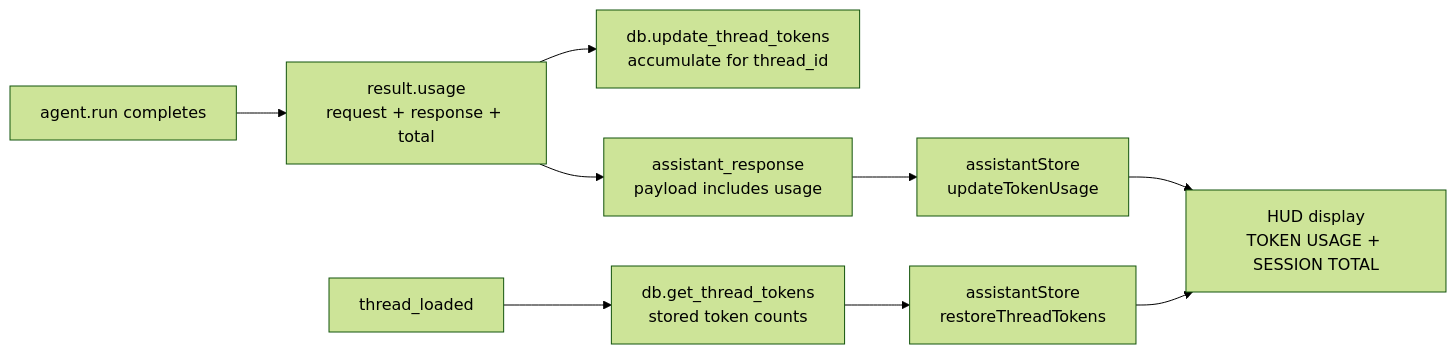
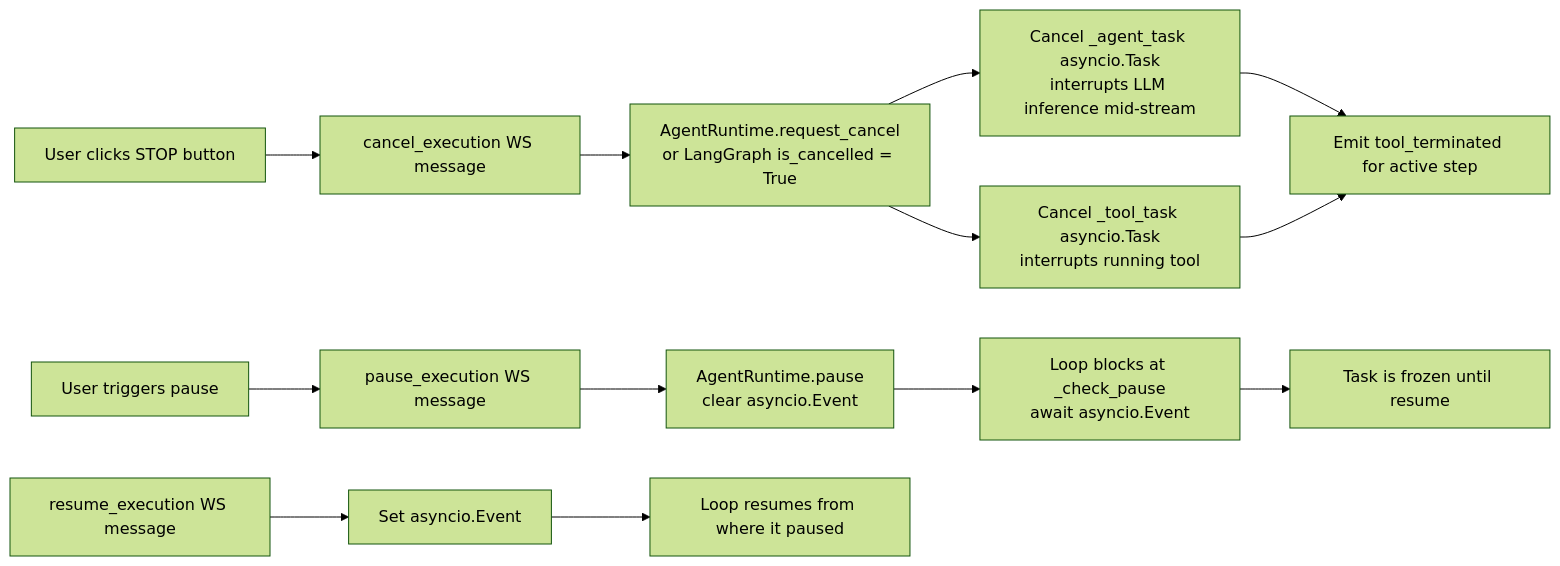
Before and after one commit to OpenSarthi/opensarthi: the tenth of 10 diagrams in docs/03_agentic_flow.md, drawn with Mermaid (forest theme). The commit also changed other lines of this file and 8 other files, not shown here.

Commit message:
docs: comprehensive synchronization of all READMEs, SKILLS.md and architectural guides

````diff
--- a/docs/03_agentic_flow.md
+++ b/docs/03_agentic_flow.md
@@ -337,12 +350,19 @@
 ```mermaid
 flowchart LR
-    AGENT_RUN[agent.run completes] --> USAGE[result.usage\nrequest + response + total]
-    USAGE --> DB[db.update_thread_tokens\naccumulate for thread_id]
-    USAGE --> WS_RESP[assistant_response\npayload includes usage]
-    WS_RESP --> STORE[assistantStore\nupdateTokenUsage]
-    STORE --> HUD[HUD display\nTOKEN USAGE + SESSION TOTAL]
+    USER_CANCEL[User clicks STOP button] --> WS_CANCEL[cancel_execution WS message]
+    USER_PAUSE[User triggers pause] --> WS_PAUSE[pause_execution WS message]
 
-    HISTORY_LOAD[thread_loaded] --> DB_READ[db.get_thread_tokens\nstored token counts]
-    DB_READ --> RESTORE[assistantStore\nrestoreThreadTokens]
-    RESTORE --> HUD
+    WS_CANCEL --> RUNTIME_CANCEL[AgentRuntime.request_cancel\nor LangGraph is_cancelled = True]
+    WS_PAUSE --> RUNTIME_PAUSE[AgentRuntime.pause\nclear asyncio.Event]
+
+    RUNTIME_CANCEL --> KILL_LLM[Cancel _agent_task asyncio.Task\ninterrupts LLM inference mid-stream]
+    RUNTIME_CANCEL --> KILL_TOOL[Cancel _tool_task asyncio.Task\ninterrupts running tool]
+    KILL_LLM --> EMIT_TERM[Emit tool_terminated for active step]
+    KILL_TOOL --> EMIT_TERM
+
+    RUNTIME_PAUSE --> BLOCK[Loop blocks at _check_pause\nawait asyncio.Event]
+    BLOCK --> WAIT[Task is frozen until resume]
+
+    WS_RESUME[resume_execution WS message] --> SET_EVENT[Set asyncio.Event]
+    SET_EVENT --> UNBLOCK[Loop resumes from where it paused]
 ```
````
